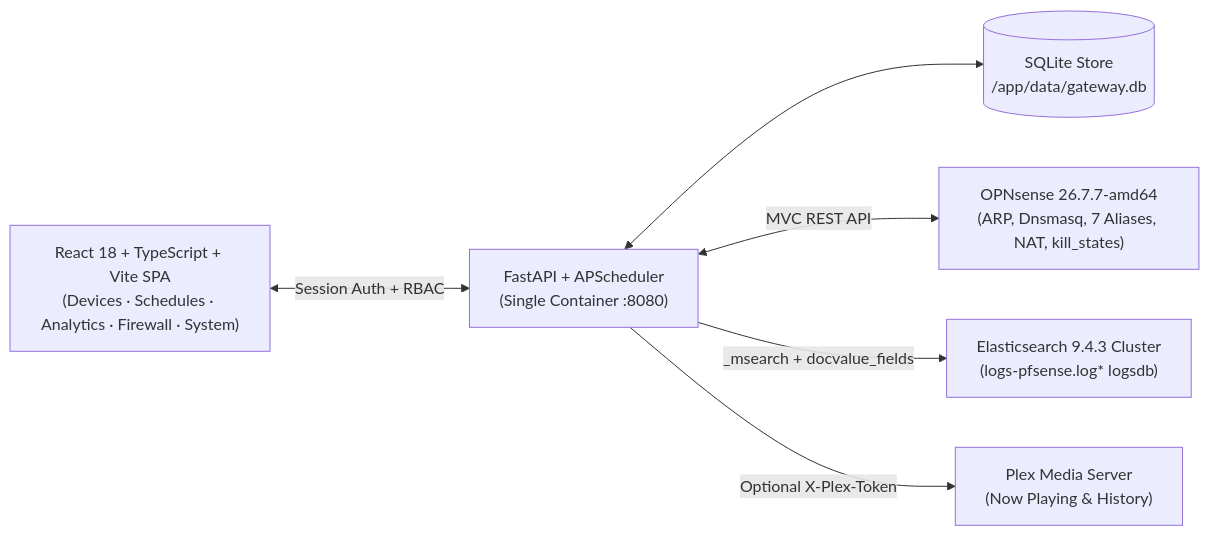
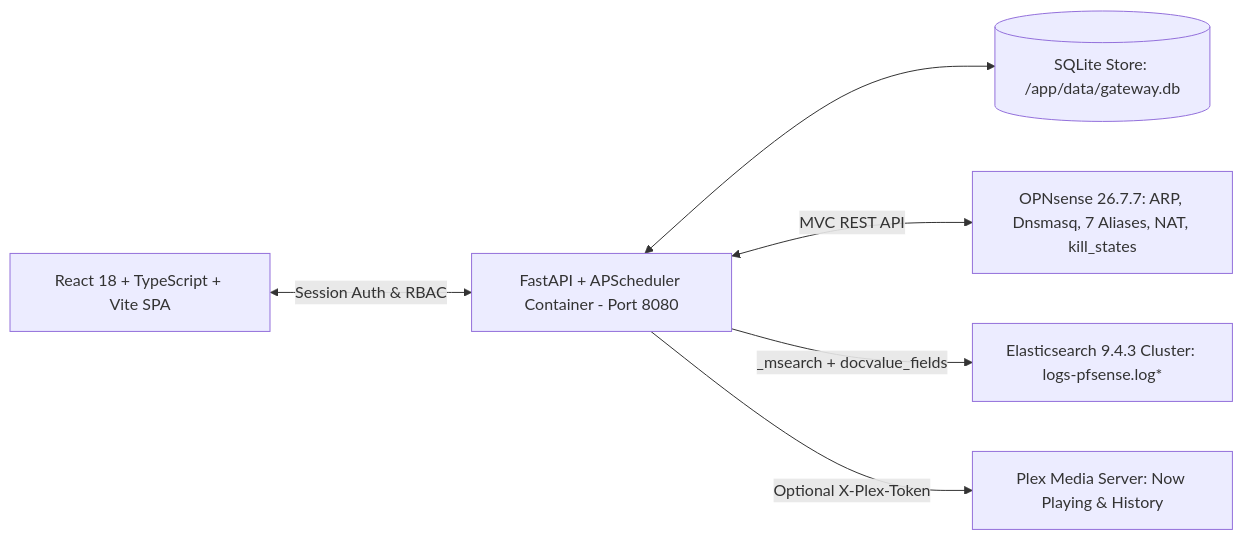
One commit to cpavlas/gateway-front-end changed the diagram in README.md. Above: the diagram before and after it, drawn with Mermaid. The commit also changed 1 other file, not shown here.

Commit message:
docs: quote labels and remove HTML breaks in README and Wiki Mermaid diagrams

````diff
--- a/README.md
+++ b/README.md
@@ -12,8 +12,8 @@
 ```mermaid
 flowchart LR
-    UI["React 18 + TypeScript + Vite SPA<br/>(Devices · Schedules · Analytics · Firewall · System)"] <-->|Session Auth + RBAC| API["FastAPI + APScheduler<br/>(Single Container :8080)"]
-    API <--> DB[("SQLite Store<br/>/app/data/gateway.db")]
-    API <-->|MVC REST API| OPN["OPNsense 26.7.7-amd64<br/>(ARP, Dnsmasq, 7 Aliases, NAT, kill_states)"]
-    API -->|"_msearch + docvalue_fields"| ES["Elasticsearch 9.4.3 Cluster<br/>(logs-pfsense.log* logsdb)"]
-    API -->|Optional X-Plex-Token| PLEX["Plex Media Server<br/>(Now Playing & History)"]
+    UI["React 18 + TypeScript + Vite SPA"] <-->|"Session Auth & RBAC"| API["FastAPI + APScheduler Container - Port 8080"]
+    API <--> DB[("SQLite Store: /app/data/gateway.db")]
+    API <-->|"MVC REST API"| OPN["OPNsense 26.7.7: ARP, Dnsmasq, 7 Aliases, NAT, kill_states"]
+    API -->|"_msearch + docvalue_fields"| ES["Elasticsearch 9.4.3 Cluster: logs-pfsense.log*"]
+    API -->|"Optional X-Plex-Token"| PLEX["Plex Media Server: Now Playing & History"]
 ```
````
